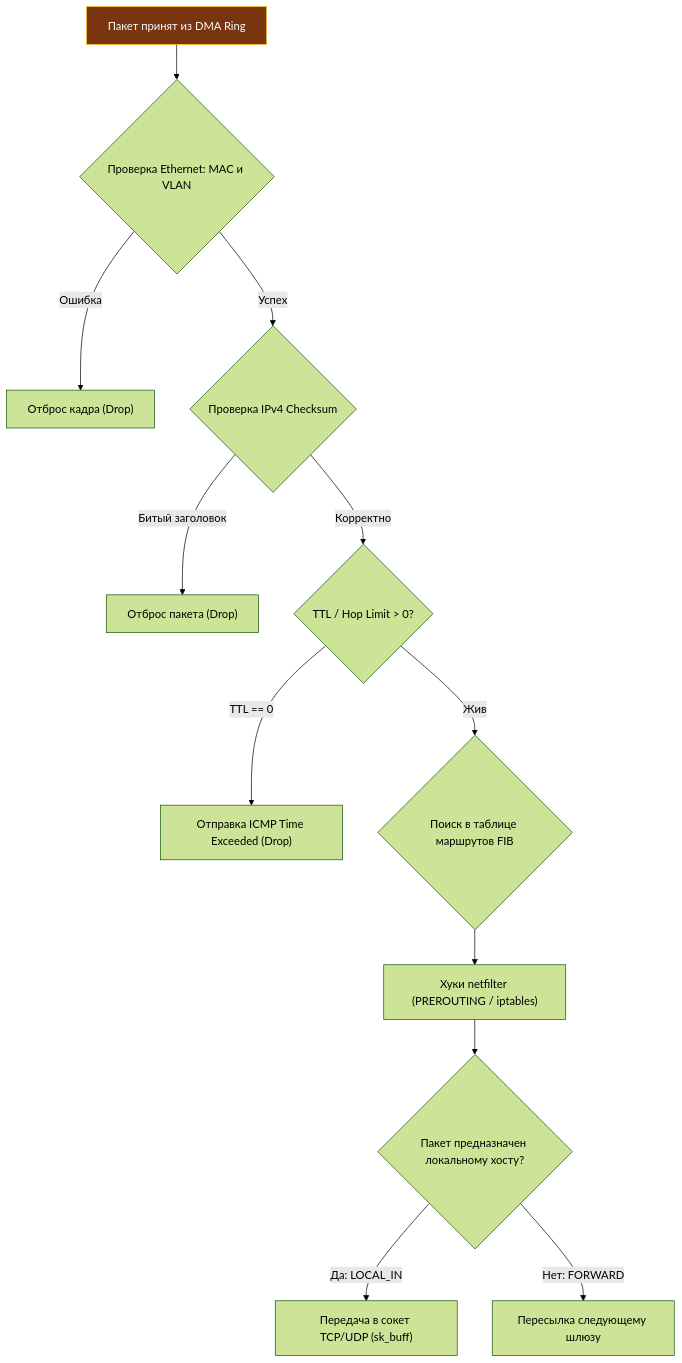
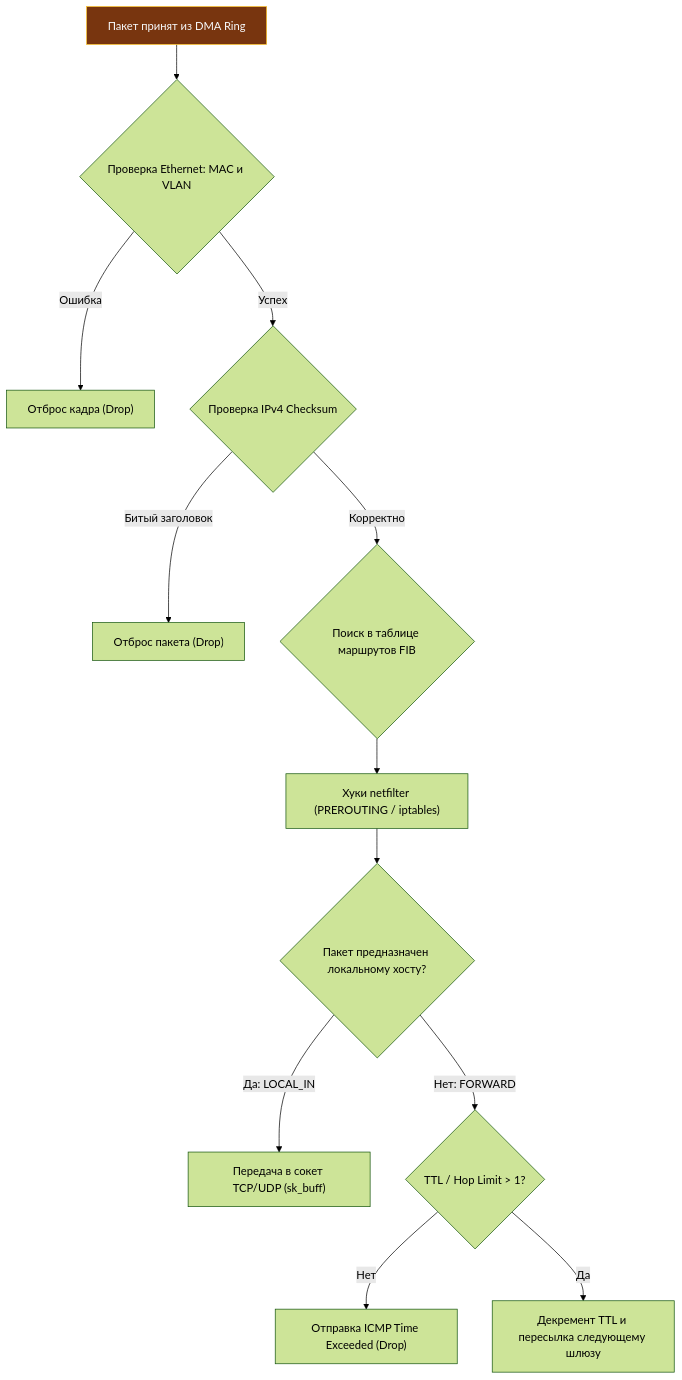
One commit to UnrealTemplier/go-textbook-ru changed the fourth of 5 diagrams in sources/3. Компьютерные сети и сетевой стек/4. IP. IPv4, IPv6 и устройство сетевого пакета.md. Above: the diagram before and after it, drawn with Mermaid (forest theme). The commit also changed other lines of this file and 43 other files, not shown here.

````diff
--- a/sources/3. Компьютерные сети и сетевой стек/4. IP. IPv4, IPv6 и устройство сетевого пакета.md
+++ b/sources/3. Компьютерные сети и сетевой стек/4. IP. IPv4, IPv6 и устройство сетевого пакета.md
@@ -173,24 +173,24 @@
 ```mermaid
 flowchart TD
     classDef process  fill:#1e293b,stroke:#38bdf8,stroke-width:1px,color:#f8fafc
     classDef success  fill:#064e3b,stroke:#34d399,stroke-width:1px,color:#f8fafc
     classDef error    fill:#7f1d1d,stroke:#f87171,stroke-width:1px,color:#f8fafc
     classDef warning  fill:#78350f,stroke:#fbbf24,stroke-width:1px,color:#f8fafc
     classDef entry    fill:#1e3a5f,stroke:#38bdf8,stroke-width:2px,color:#f8fafc
     classDef aux      fill:#334155,stroke:#64748b,stroke-width:1px,color:#f8fafc
     classDef system   fill:#312e81,stroke:#a78bfa,stroke-width:1px,color:#f8fafc
     classDef data     fill:#132d29,stroke:#2dd4bf,stroke-width:1px,color:#f8fafc
     classDef network  fill:#881337,stroke:#fb7185,stroke-width:1px,color:#f8fafc
     classDef accent   fill:#1e1b4b,stroke:#818cf8,stroke-width:1px,color:#f8fafc
     NIC_Packet["Пакет принят из DMA Ring"]:::warning --> L2_Check{"Проверка Ethernet: MAC и VLAN"}
     L2_Check -->|Ошибка| Drop1["Отброс кадра (Drop)"]
     L2_Check -->|Успех| IP_Checksum{"Проверка IPv4 Checksum"}
     IP_Checksum -->|Битый заголовок| Drop2["Отброс пакета (Drop)"]
-    IP_Checksum -->|Корректно| TTL_Check{"TTL / Hop Limit > 0?"}
-    TTL_Check -->|TTL == 0| ICMP_TimeExceeded["Отправка ICMP Time Exceeded (Drop)"]
-    TTL_Check -->|Жив| RouteLookup{"Поиск в таблице маршрутов FIB"}
+    IP_Checksum -->|Корректно| RouteLookup{"Поиск в таблице маршрутов FIB"}
     RouteLookup --> NetfilterHook["Хуки netfilter (PREROUTING / iptables)"]
     NetfilterHook --> TargetDecision{"Пакет предназначен локальному хосту?"}
     TargetDecision -->|Да: LOCAL_IN| DeliverL4["Передача в сокет TCP/UDP (sk_buff)"]
-    TargetDecision -->|Нет: FORWARD| RouteForward["Пересылка следующему шлюзу"]
+    TargetDecision -->|Нет: FORWARD| TTL_Check{"TTL / Hop Limit > 1?"}
+    TTL_Check -->|Нет| ICMP_TimeExceeded["Отправка ICMP Time Exceeded (Drop)"]
+    TTL_Check -->|Да| RouteForward["Декремент TTL и пересылка следующему шлюзу"]
 ```
````
